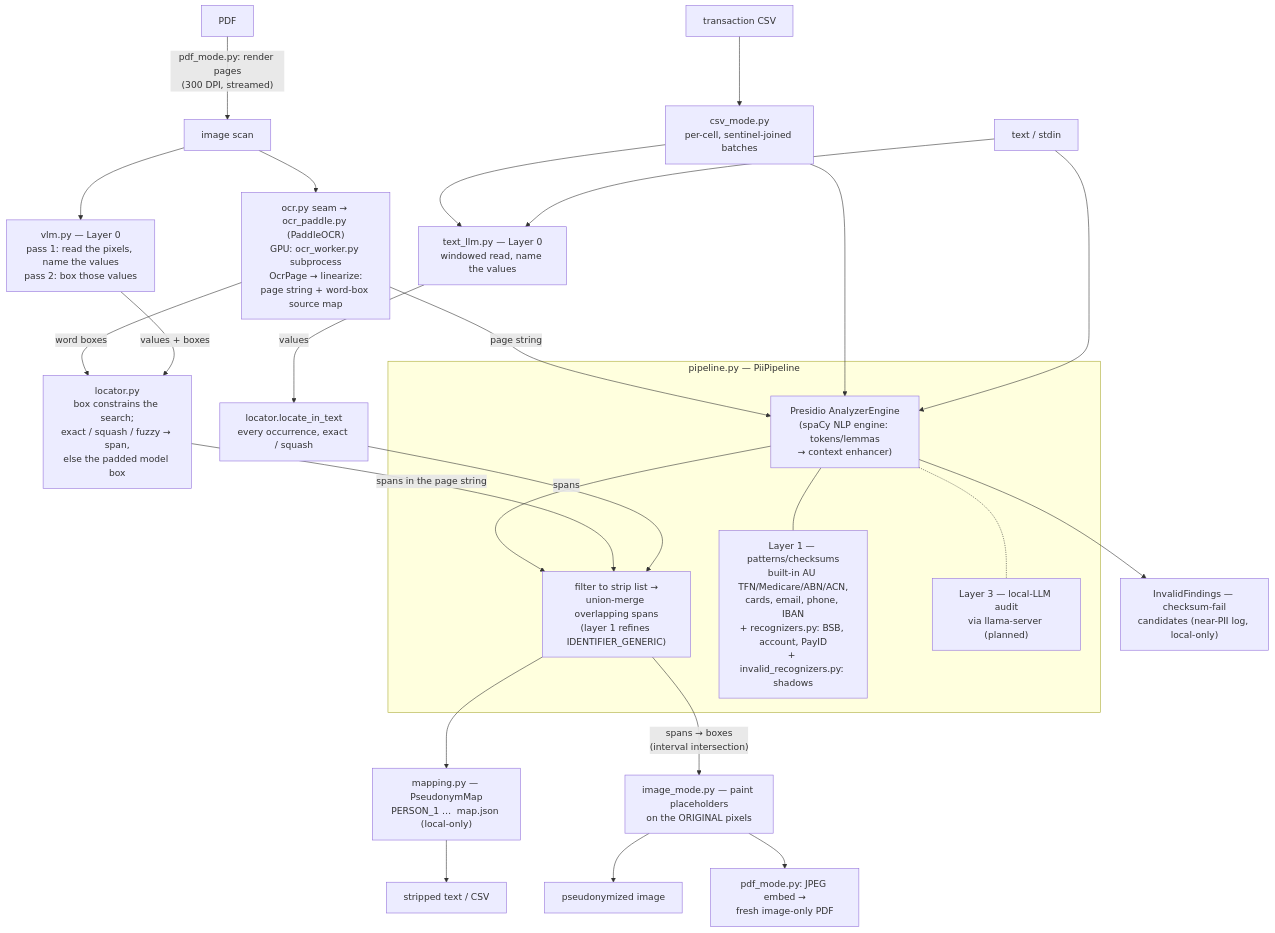
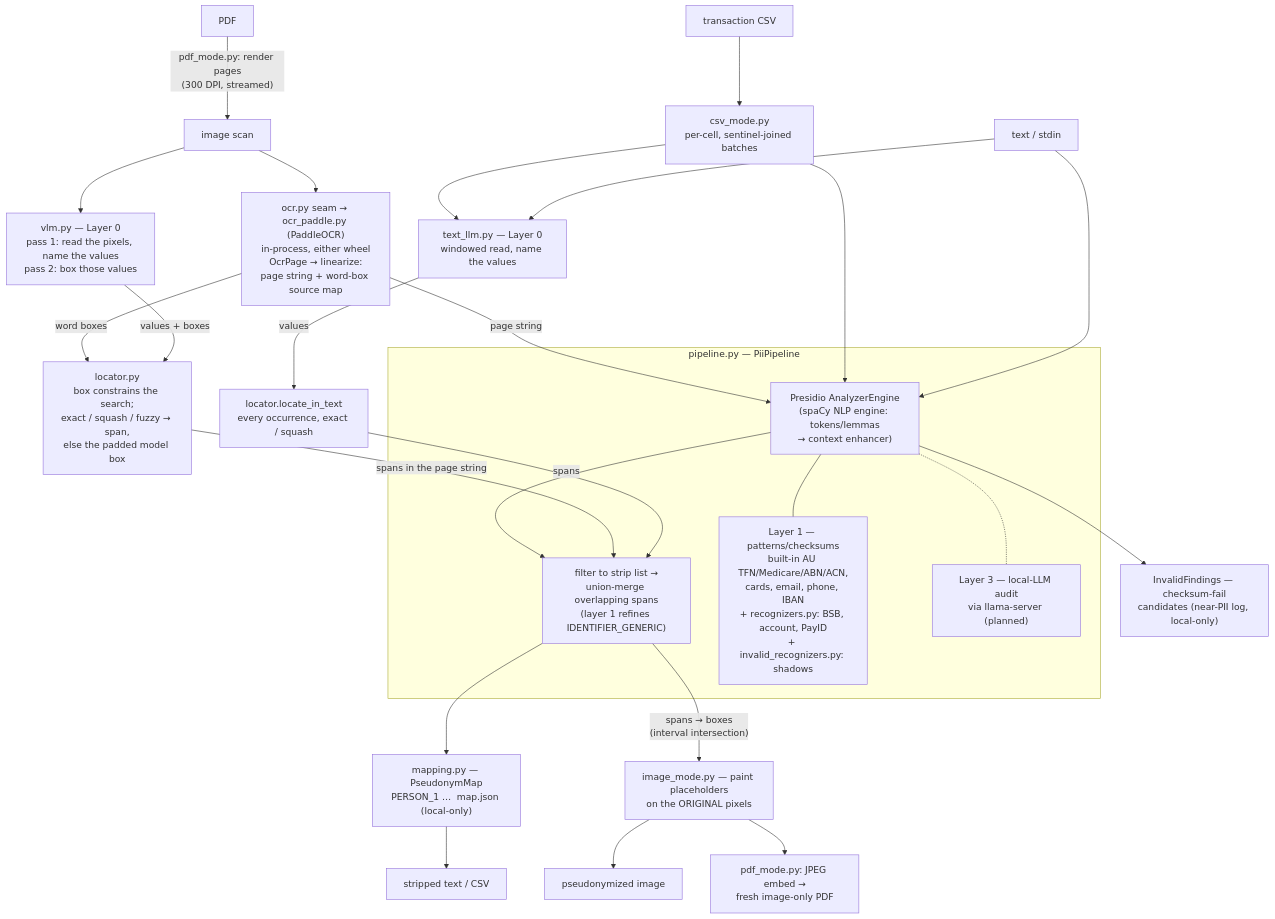
Before and after one commit to skoulik/BrokerAI: the diagram in pii/core/ARCHITECTURE.md, drawn with Mermaid. The commit also changed other lines of this file and 32 other files, not shown here.

````diff
--- a/pii/core/ARCHITECTURE.md
+++ b/pii/core/ARCHITECTURE.md
@@ -63,40 +63,40 @@
 ```mermaid
 flowchart TB
     TXT["text / stdin"]
     CSV["transaction CSV"]
     IMG["image scan"]
     PDF["PDF"]
 
     PDF -- "pdf_mode.py: render pages<br>(300 DPI, streamed)" --> IMG
     IMG --> VLM["vlm.py — Layer 0<br>pass 1: read the pixels, name the values<br>pass 2: box those values"]
-    IMG --> OCRPY["ocr.py seam → ocr_paddle.py (PaddleOCR)<br>GPU: ocr_worker.py subprocess<br>OcrPage → linearize:<br>page string + word-box source map"]
+    IMG --> OCRPY["ocr.py seam → ocr_paddle.py (PaddleOCR)<br>in-process, either wheel<br>OcrPage → linearize:<br>page string + word-box source map"]
     CSV --> CSVM["csv_mode.py<br>per-cell, sentinel-joined batches"]
 
     TXT --> TLLM["text_llm.py — Layer 0<br>windowed read, name the values"]
     CSVM --> TLLM
     TLLM -- "values" --> TLOC["locator.locate_in_text<br>every occurrence, exact / squash"]
     TLOC -- "spans" --> MRG
     TXT --> AE
     CSVM --> AE
     OCRPY -- "page string" --> AE
     VLM -- "values + boxes" --> LOC["locator.py<br>box constrains the search;<br>exact / squash / fuzzy → span,<br>else the padded model box"]
     OCRPY -- "word boxes" --> LOC
     LOC -- "spans in the page string" --> MRG
 
     subgraph PIPE["pipeline.py — PiiPipeline"]
         AE["Presidio AnalyzerEngine<br>(spaCy NLP engine: tokens/lemmas<br>→ context enhancer)"]
         L1["Layer 1 — patterns/checksums<br>built-in AU TFN/Medicare/ABN/ACN,<br>cards, email, phone, IBAN<br>+ recognizers.py: BSB, account, PayID<br>+ invalid_recognizers.py: shadows"]
         L3["Layer 3 — local-LLM audit<br>via llama-server (planned)"]
         MRG["filter to strip list →<br>union-merge overlapping spans<br>(layer 1 refines IDENTIFIER_GENERIC)"]
         AE --- L1
         AE -.- L3
         AE --> MRG
     end
 
     MRG --> PM["mapping.py — PseudonymMap<br>PERSON_1 …  map.json (local-only)"]
     AE --> INV["InvalidFindings — checksum-fail<br>candidates (near-PII log, local-only)"]
     PM --> OUT1["stripped text / CSV"]
     MRG -- "spans → boxes<br>(interval intersection)" --> PAINT["image_mode.py — paint placeholders<br>on the ORIGINAL pixels"]
     PAINT --> OUT2["pseudonymized image"]
     PAINT --> OUT3["pdf_mode.py: JPEG embed →<br>fresh image-only PDF"]
 ```
````
